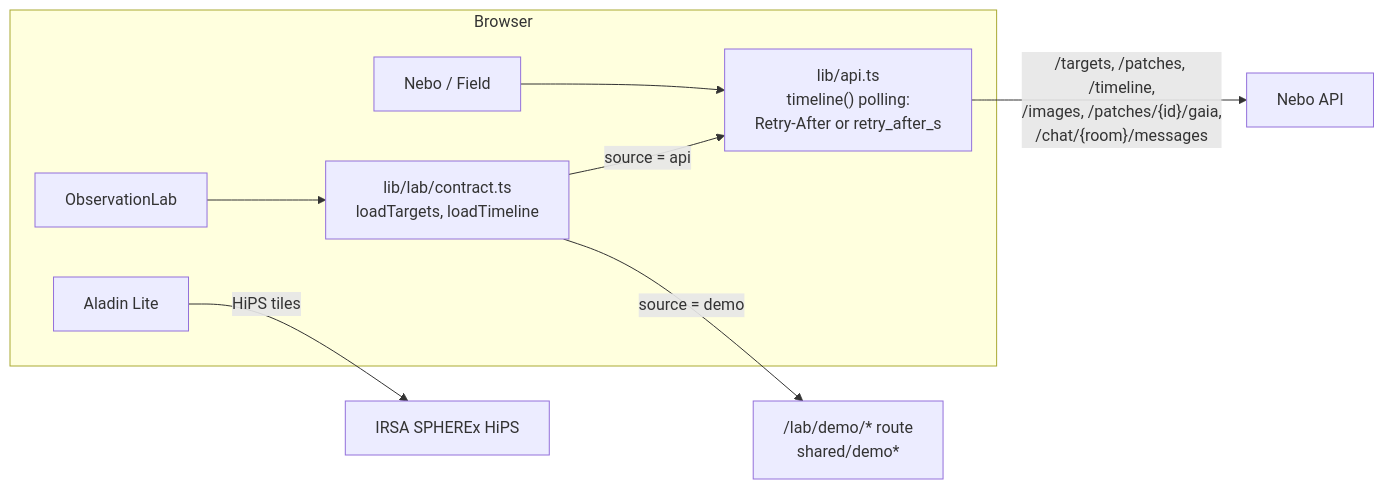
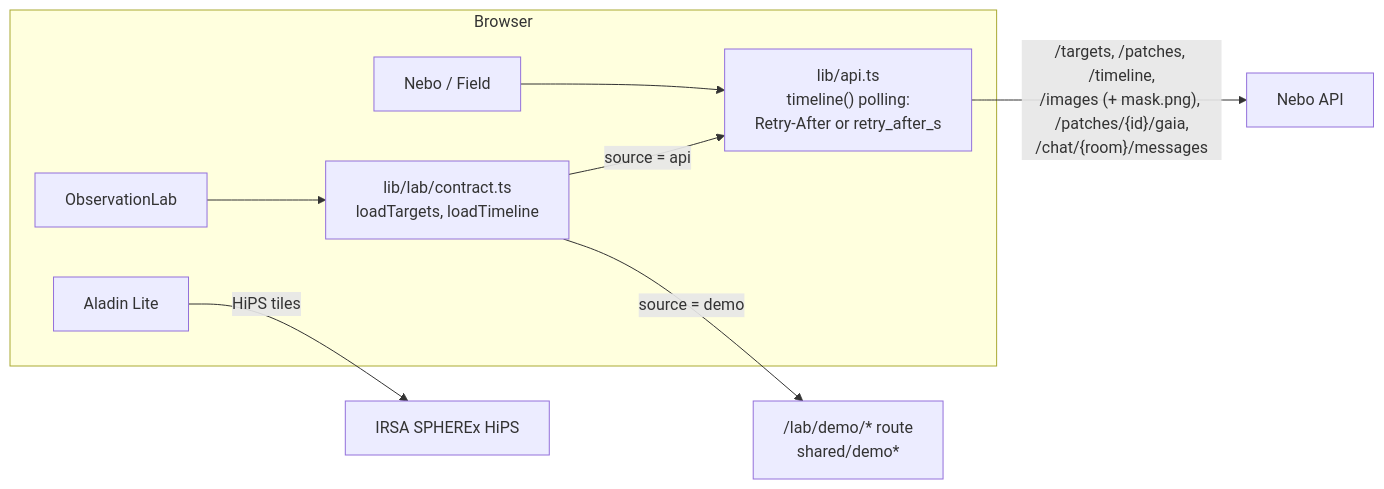
Before and after one commit to toroc07/nebo-app: the tenth of 10 diagrams in docs/architecture.md, drawn with Mermaid. The commit also changed other lines of this file and 14 other files, not shown here.

````diff
--- a/docs/architecture.md
+++ b/docs/architecture.md
@@ -493,16 +493,16 @@
 ```mermaid
 flowchart LR
   subgraph browser["Browser"]
     nebo["Nebo / Field"]
     lab["ObservationLab"]
     api_ts["lib/api.ts<br/>timeline() polling:<br/>Retry-After or retry_after_s"]
     contract["lib/lab/contract.ts<br/>loadTargets, loadTimeline"]
     aladin["Aladin Lite"]
   end
   nebo --> api_ts
   lab --> contract
   contract -- "source = api" --> api_ts
   contract -- "source = demo" --> demo["/lab/demo/* route<br/>shared/demo*"]
-  api_ts -- "/targets, /patches, /timeline,<br/>/images, /patches/{id}/gaia,<br/>/chat/{room}/messages" --> api["Nebo API"]
+  api_ts -- "/targets, /patches, /timeline,<br/>/images (+ mask.png), /patches/{id}/gaia,<br/>/chat/{room}/messages" --> api["Nebo API"]
   aladin -- "HiPS tiles" --> hips["IRSA SPHEREx HiPS"]
 ```
````
